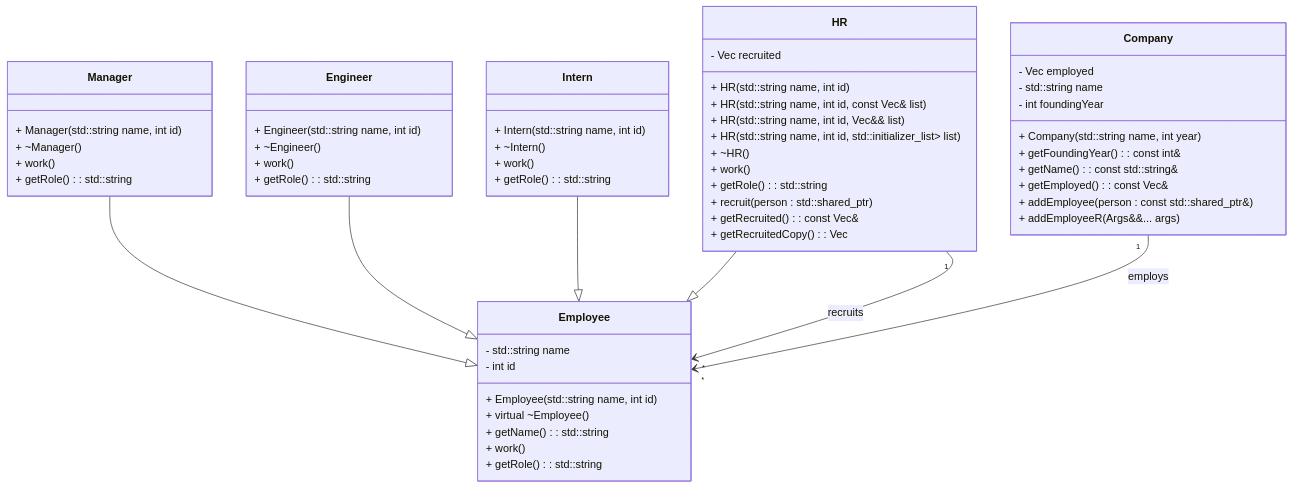
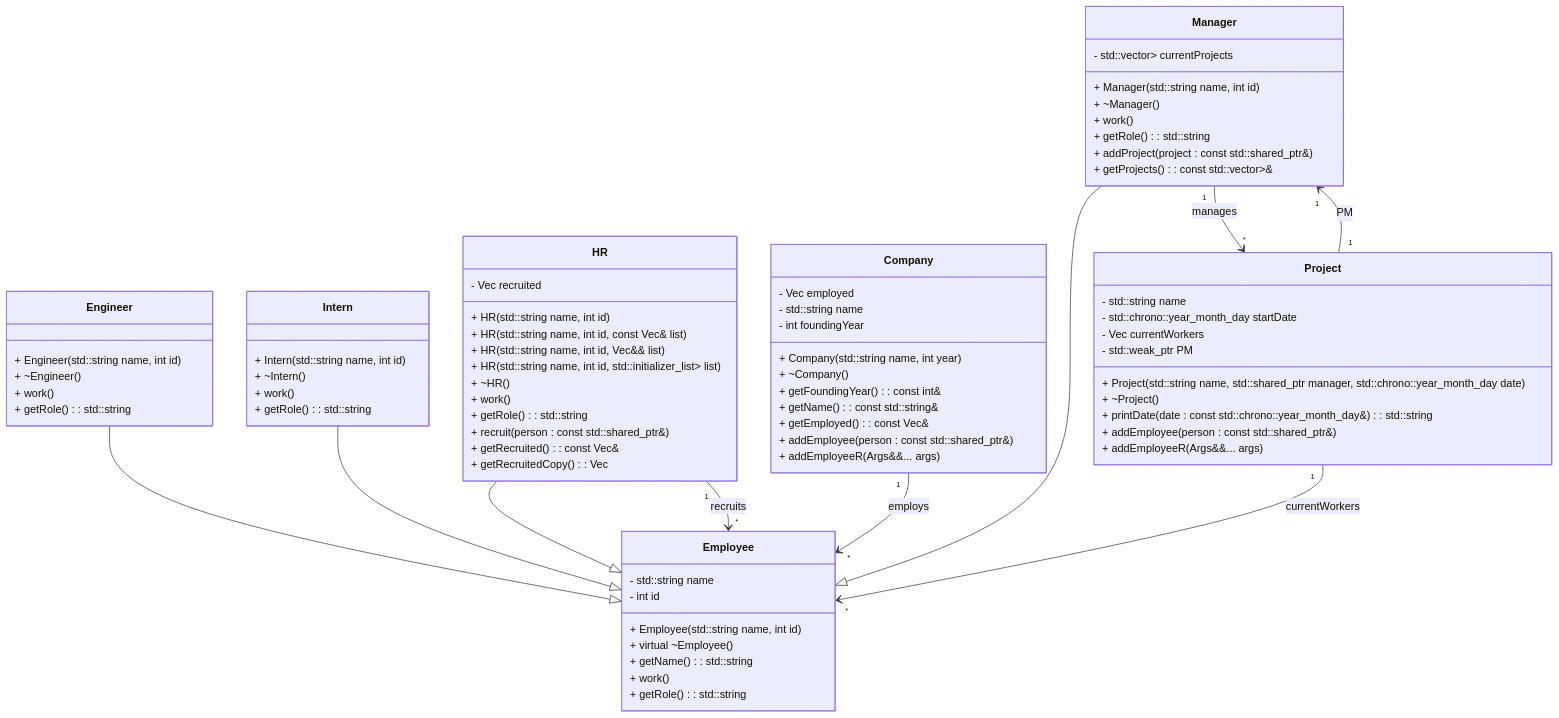
One commit to Frozen-Potato/WhateverTheFuckThisIs changed the diagram in The C++/Classes/Company/Company.md. Above: the diagram before and after it, drawn with Mermaid. The commit also changed 2 other files, not shown here.

````diff
--- a/The C++/Classes/Company/Company.md
+++ b/The C++/Classes/Company/Company.md
@@ -15,10 +15,13 @@
 
     %% Derived classes
     class Manager {
+        - std::vector<std::weak_ptr<Project>> currentProjects
         + Manager(std::string name, int id)
         + ~Manager()
         + work()
         + getRole() : std::string
+        + addProject(project : const std::shared_ptr<Project>&)
+        + getProjects() : const std::vector<std::weak_ptr<Project>>&
     }
 
     class Engineer {
@@ -44,7 +47,7 @@
         + ~HR()
         + work()
         + getRole() : std::string
-        + recruit(person : std::shared_ptr<Employee>)
+        + recruit(person : const std::shared_ptr<Employee>&)
         + getRecruited() : const Vec&
         + getRecruitedCopy() : Vec
     }
@@ -54,9 +57,22 @@
         - std::string name
         - int foundingYear
         + Company(std::string name, int year)
+        + ~Company()
         + getFoundingYear() : const int&
         + getName() : const std::string&
         + getEmployed() : const Vec&
+        + addEmployee(person : const std::shared_ptr<Employee>&)
+        + addEmployeeR<T, Args...>(Args&&... args)
+    }
+
+    class Project {
+        - std::string name
+        - std::chrono::year_month_day startDate
+        - Vec currentWorkers
+        - std::weak_ptr<Manager> PM
+        + Project(std::string name, std::shared_ptr<Manager> manager, std::chrono::year_month_day date)
+        + ~Project()
+        + printDate(date : const std::chrono::year_month_day&) : std::string
         + addEmployee(person : const std::shared_ptr<Employee>&)
         + addEmployeeR<T, Args...>(Args&&... args)
     }
@@ -67,7 +83,10 @@
     Intern --|> Employee
     HR --|> Employee
 
-    %% Association
+    %% Associations
     Company "1" --> "*" Employee : employs
     HR "1" --> "*" Employee : recruits
+    Project "1" --> "*" Employee : currentWorkers
+    Project "1" --> "1" Manager : PM
+    Manager "1" --> "*" Project : manages
 ```
````
